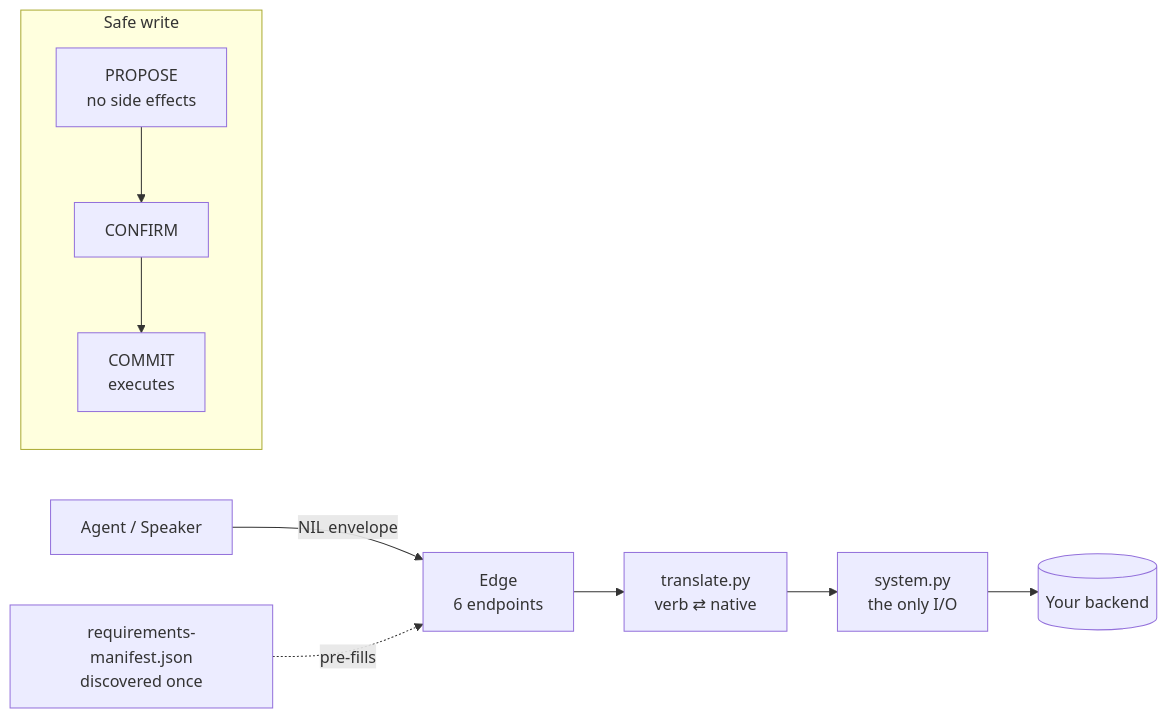
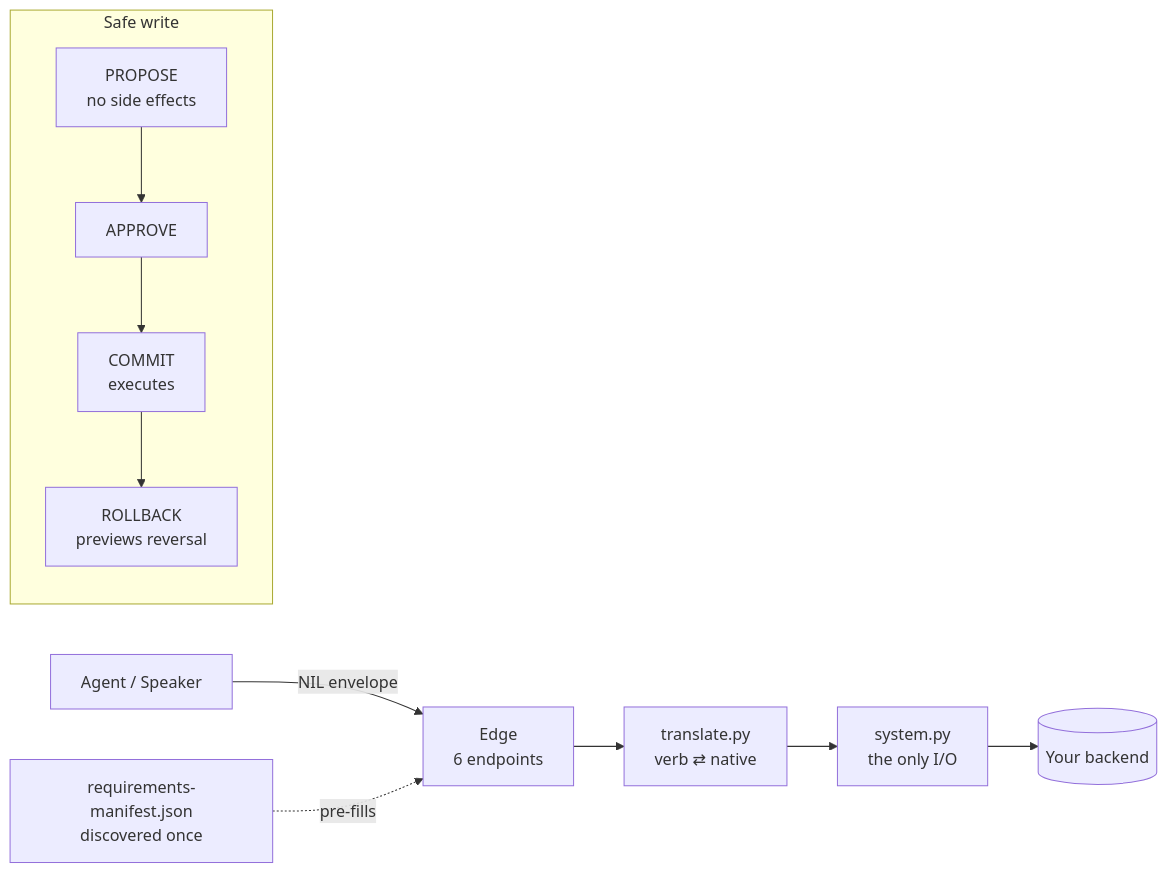
The diagram in README.md (nilscript-org/nilscript), drawn with Mermaid before and after one commit. The commit also changed other lines of this file and 2 other files, not shown here.

First line of the commit message:
docs: lead README with the benchmark numbers + white-background chart

````diff
--- a/README.md
+++ b/README.md
@@ -75,11 +121,11 @@
 ```mermaid
 flowchart LR
     A[Agent / Speaker] -- NIL envelope --> E[Edge<br/>6 endpoints]
     E --> T[translate.py<br/>verb ⇄ native]
     T --> S[system.py<br/>the only I/O]
     S --> B[(Your backend)]
     M[requirements-manifest.json<br/>discovered once] -. pre-fills .-> E
     subgraph Safe write
-      P[PROPOSE<br/>no side effects] --> C[CONFIRM] --> X[COMMIT<br/>executes]
+      P[PROPOSE<br/>no side effects] --> C[APPROVE] --> X[COMMIT<br/>executes] --> R[ROLLBACK<br/>previews reversal]
     end
 ```
````
